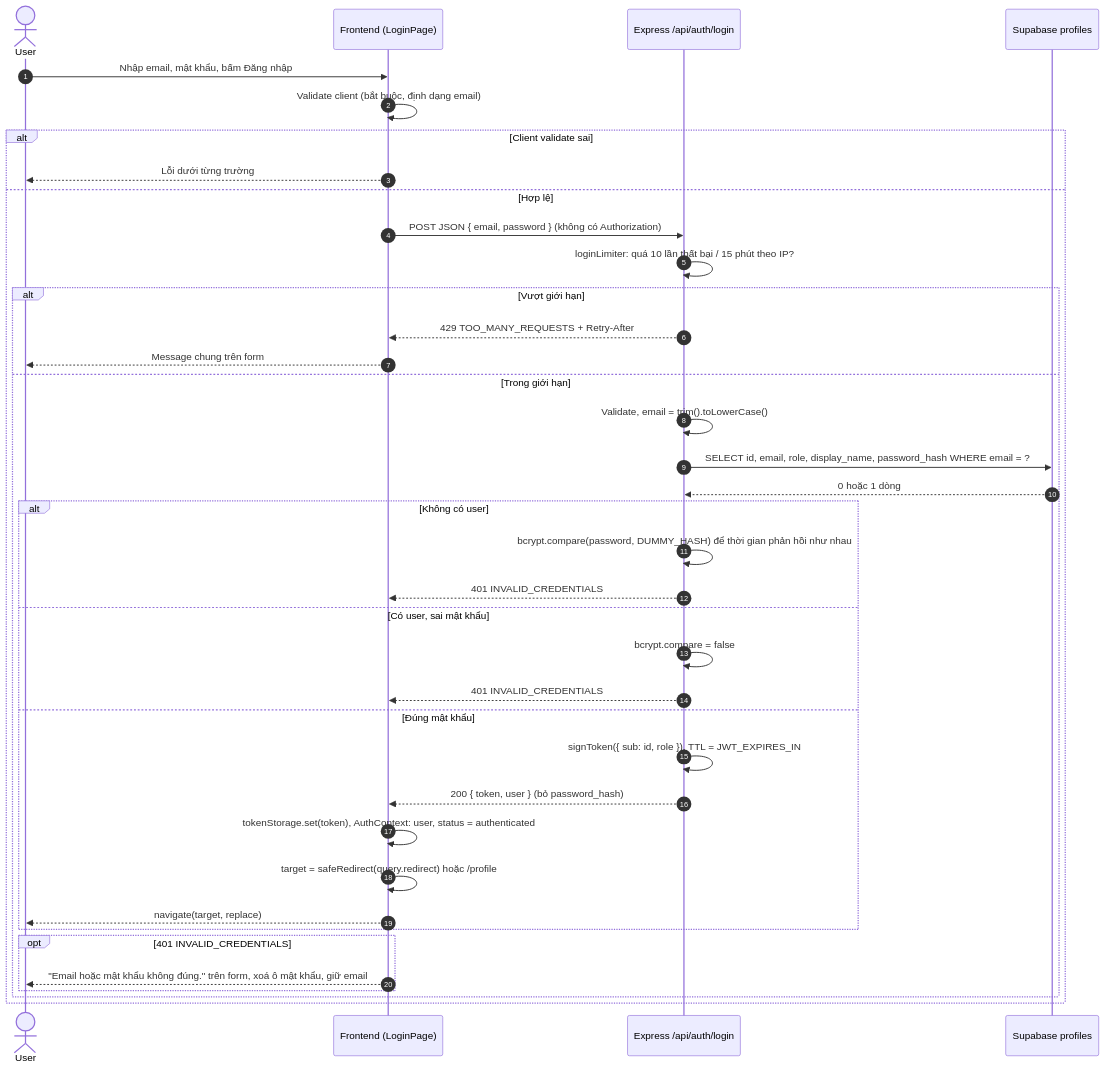
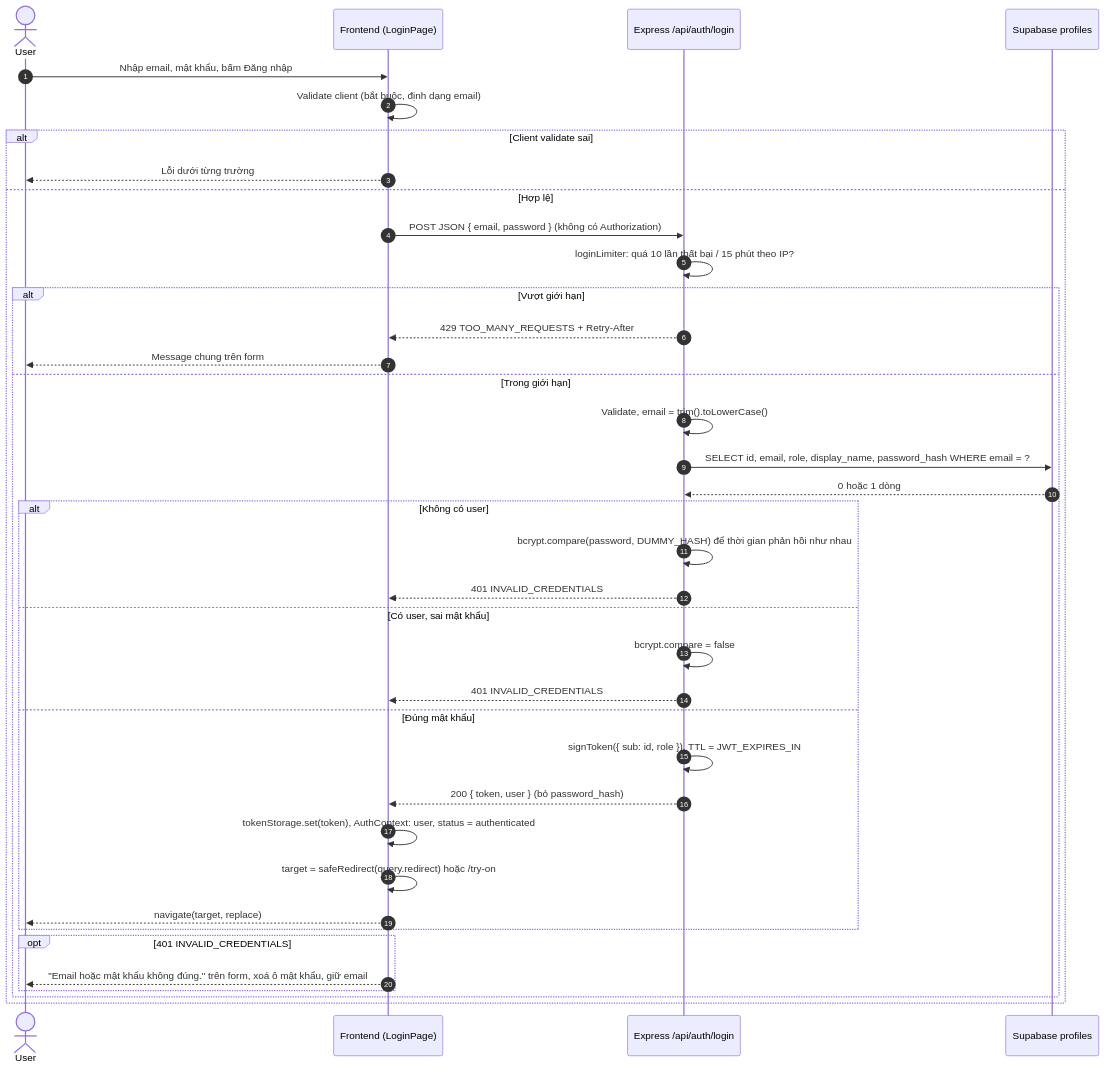
One commit to tqk3101/try-on changed the diagram in design/flows/login.md. Above: the diagram before and after it, drawn with Mermaid. The commit also changed other lines of this file and 13 other files, not shown here.

First line of the commit message:
feat(US-05,US-06): wire try-on room frontend to real API, default login target /try-on

````diff
--- a/design/flows/login.md
+++ b/design/flows/login.md
@@ -18,41 +18,41 @@
 ```mermaid
 sequenceDiagram
     autonumber
     actor U as User
     participant FE as Frontend (LoginPage)
     participant API as Express /api/auth/login
     participant DB as Supabase profiles
 
     U->>FE: Nhập email, mật khẩu, bấm Đăng nhập
     FE->>FE: Validate client (bắt buộc, định dạng email)
     alt Client validate sai
         FE-->>U: Lỗi dưới từng trường
     else Hợp lệ
         FE->>API: POST JSON { email, password } (không có Authorization)
         API->>API: loginLimiter: quá 10 lần thất bại / 15 phút theo IP?
         alt Vượt giới hạn
             API-->>FE: 429 TOO_MANY_REQUESTS + Retry-After
             FE-->>U: Message chung trên form
         else Trong giới hạn
             API->>API: Validate, email = trim().toLowerCase()
             API->>DB: SELECT id, email, role, display_name, password_hash WHERE email = ?
             DB-->>API: 0 hoặc 1 dòng
             alt Không có user
                 API->>API: bcrypt.compare(password, DUMMY_HASH) để thời gian phản hồi như nhau
                 API-->>FE: 401 INVALID_CREDENTIALS
             else Có user, sai mật khẩu
                 API->>API: bcrypt.compare = false
                 API-->>FE: 401 INVALID_CREDENTIALS
             else Đúng mật khẩu
                 API->>API: signToken({ sub: id, role }), TTL = JWT_EXPIRES_IN
                 API-->>FE: 200 { token, user } (bỏ password_hash)
                 FE->>FE: tokenStorage.set(token), AuthContext: user, status = authenticated
-                FE->>FE: target = safeRedirect(query.redirect) hoặc /profile
+                FE->>FE: target = safeRedirect(query.redirect) hoặc /try-on
                 FE-->>U: navigate(target, replace)
             end
             opt 401 INVALID_CREDENTIALS
                 FE-->>U: "Email hoặc mật khẩu không đúng." trên form, xoá ô mật khẩu, giữ email
             end
         end
     end
 ```
````
